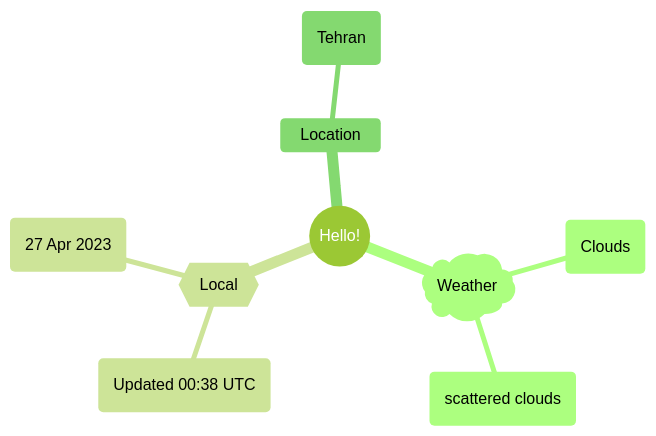
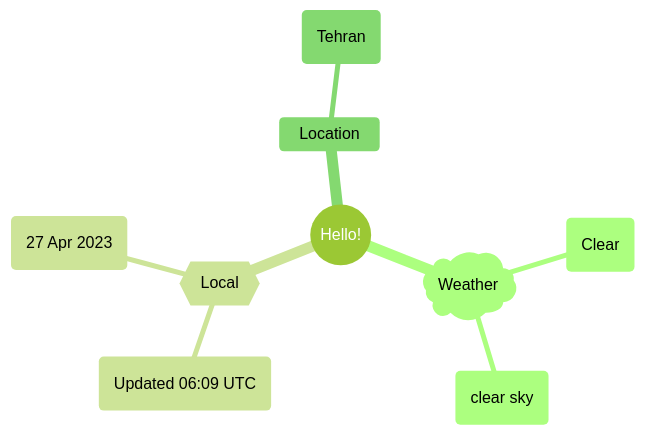
One commit to Xosrov/Xosrov changed the first of 2 diagrams in README.md. Above: the diagram before and after it, drawn with Mermaid (forest theme).

Commit message:
[bot] updated images

````diff
--- a/README.md
+++ b/README.md
@@ -3,12 +3,12 @@
 ```mermaid
 mindmap
   root((Hello!))
     )Weather(
-        (Clouds)
-        (scattered clouds)
+        (Clear)
+        (clear sky)
     {{Local}}
-        (Updated 00:38 UTC)
+        (Updated 06:09 UTC)
         (27 Apr 2023)
     Location
         (Tehran)
 ```
````
